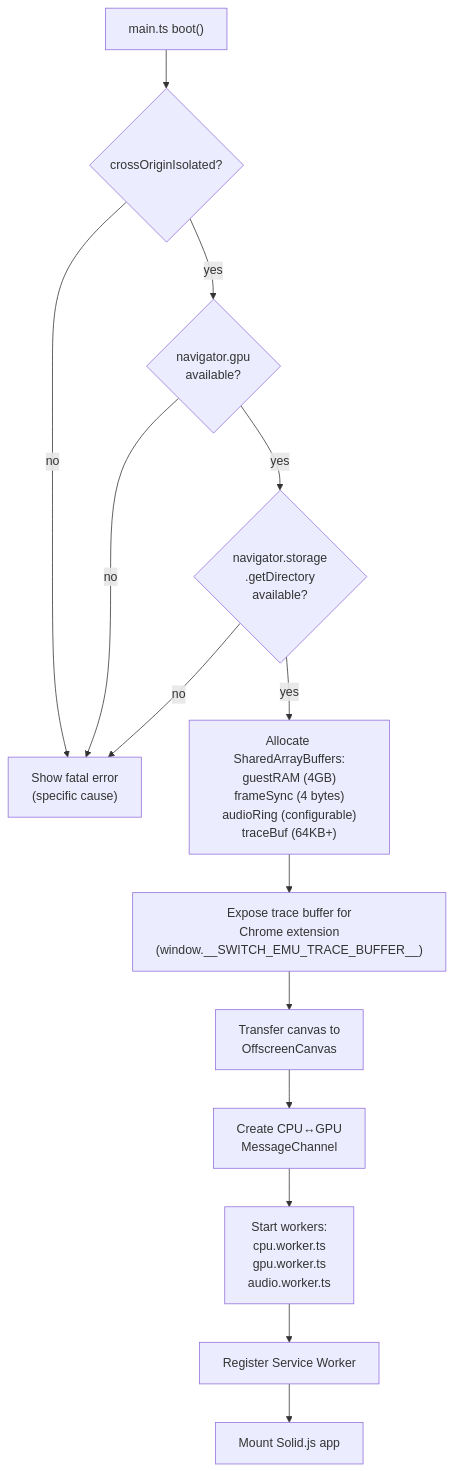
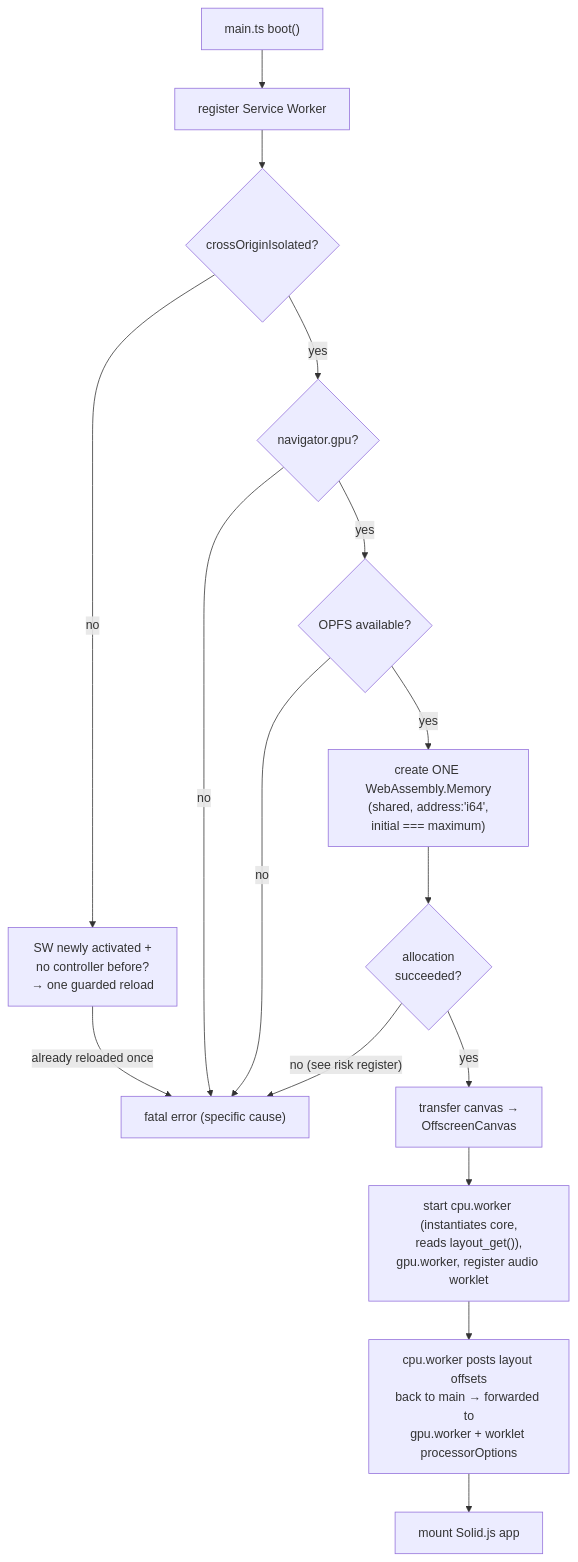
Before and after one commit to helloimthesigma-blip/Voland: the tenth of 15 diagrams in docs/DESIGN.md, drawn with Mermaid. The commit also changed other lines of this file, not shown here.

First line of the commit message:
docs: correct DESIGN.md web-platform-API claims verified against a real toolchain

````diff
--- a/docs/DESIGN.md
+++ b/docs/DESIGN.md
@@ -1671,36 +1543,28 @@
 ```mermaid
 flowchart TD
     START["main.ts boot()"]
+    SWREG["register Service Worker"]
     COI{"crossOriginIsolated?"}
-    WGPU{"navigator.gpu<br/>available?"}
-    OPFS{"navigator.storage<br/>.getDirectory<br/>available?"}
+    RELOAD["SW newly activated +<br/>no controller before?<br/>→ one guarded reload"]
+    FATAL["fatal error (specific cause)"]
+    WGPU{"navigator.gpu?"}
+    OPFS{"OPFS available?"}
+    MEM["create ONE WebAssembly.Memory<br/>(shared, address:'i64',<br/>initial === maximum)"]
+    MEMFAIL{"allocation<br/>succeeded?"}
+    CANVAS["transfer canvas →<br/>OffscreenCanvas"]
+    WORKERS["start cpu.worker (instantiates core,<br/>reads layout_get()),<br/>gpu.worker, register audio worklet"]
+    LAYOUT["cpu.worker posts layout offsets<br/>back to main → forwarded to<br/>gpu.worker + worklet processorOptions"]
+    APP["mount Solid.js app"]
 
-    ALLOC["Allocate SharedArrayBuffers:<br/>guestRAM (4GB)<br/>frameSync (4 bytes)<br/>audioRing (configurable)<br/>traceBuf (64KB+)"]
-
-    EXPOSE["Expose trace buffer for<br/>Chrome extension<br/>(window.__SWITCH_EMU_TRACE_BUFFER__)"]
-
-    CANVAS["Transfer canvas to<br/>OffscreenCanvas"]
-
-    MC["Create CPU↔GPU<br/>MessageChannel"]
-
-    WORKERS["Start workers:<br/>cpu.worker.ts<br/>gpu.worker.ts<br/>audio.worker.ts"]
-
-    SW["Register Service Worker"]
-    APP["Mount Solid.js app"]
-
-    FATAL["Show fatal error<br/>(specific cause)"]
-
-    START --> COI
-    COI -->|no| FATAL
+    START --> SWREG --> COI
+    COI -->|"no"| RELOAD
+    RELOAD -->|"already reloaded once"| FATAL
     COI -->|yes| WGPU
     WGPU -->|no| FATAL
     WGPU -->|yes| OPFS
     OPFS -->|no| FATAL
-    OPFS -->|yes| ALLOC
-    ALLOC --> EXPOSE
-    EXPOSE --> CANVAS
-    CANVAS --> MC
-    MC --> WORKERS
-    WORKERS --> SW
-    SW --> APP
+    OPFS -->|yes| MEM
+    MEM --> MEMFAIL
+    MEMFAIL -->|"no (see risk register)"| FATAL
+    MEMFAIL -->|yes| CANVAS --> WORKERS --> LAYOUT --> APP
 ```
````
